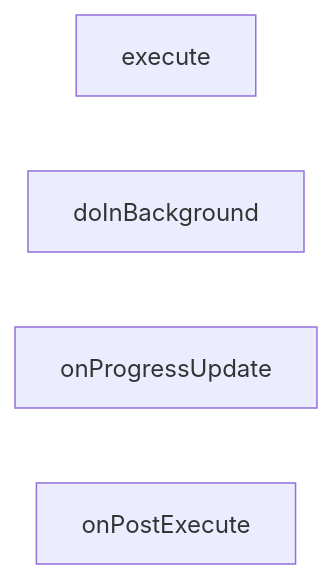
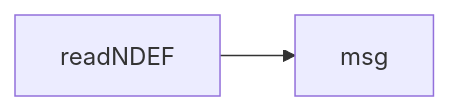
One commit to gordianknotC/nxp_note changed the third of 3 diagrams in nxp/Demo.md. Above: the diagram before and after it, drawn with Mermaid. The commit also changed other lines of this file, not shown here.

Commit message:
nxp/Demo.md updated from https://stackedit.io/

````diff
--- a/nxp/Demo.md
+++ b/nxp/Demo.md
@@ -127,10 +128,7 @@
 ```mermaid
 graph LR
+msg
 
-execute
-doInBackground
-onProgressUpdate
-onPostExecute
-
+readNDEF --> msg
 
 ```
````
